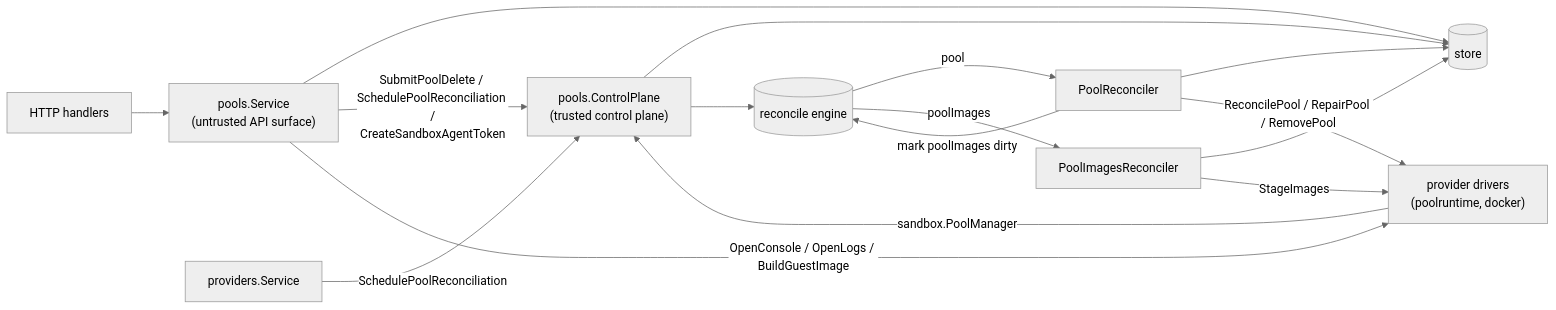
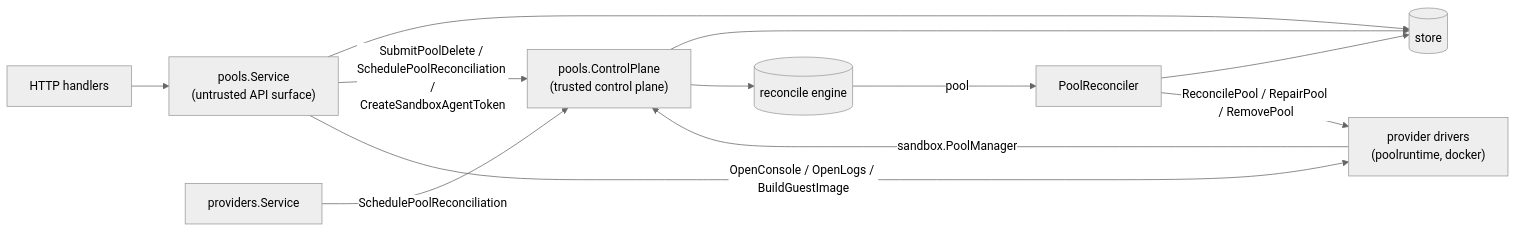
Before and after one commit to discobox-ai/discobox: the diagram in server/internal/resources/pools/DESIGN.md, drawn with Mermaid (neutral theme). The commit also changed other lines of this file and 64 other files, not shown here.

````diff
--- a/server/internal/resources/pools/DESIGN.md
+++ b/server/internal/resources/pools/DESIGN.md
@@ -12,18 +12,14 @@
 ```mermaid
 flowchart LR
     handlers[HTTP handlers] --> svc["pools.Service<br/>(untrusted API surface)"]
     drivers["provider drivers<br/>(poolruntime, docker)"] -- sandbox.PoolManager --> cp["pools.ControlPlane<br/>(trusted control plane)"]
     provsvc[providers.Service] -- SchedulePoolReconciliation --> cp
     svc --> store[(store)]
     svc -- "SubmitPoolDelete / SchedulePoolReconciliation /<br/>CreateSandboxAgentToken" --> cp
     svc -- "OpenConsole / OpenLogs / BuildGuestImage" --> drivers
     cp --> store
     cp --> engine[(reconcile engine)]
     engine -- pool --> rec[PoolReconciler]
-    engine -- poolImages --> img[PoolImagesReconciler]
     rec --> store
     rec -- "ReconcilePool / RepairPool / RemovePool" --> drivers
-    rec -- mark poolImages dirty --> engine
-    img --> store
-    img -- StageImages --> drivers
 ```
````
